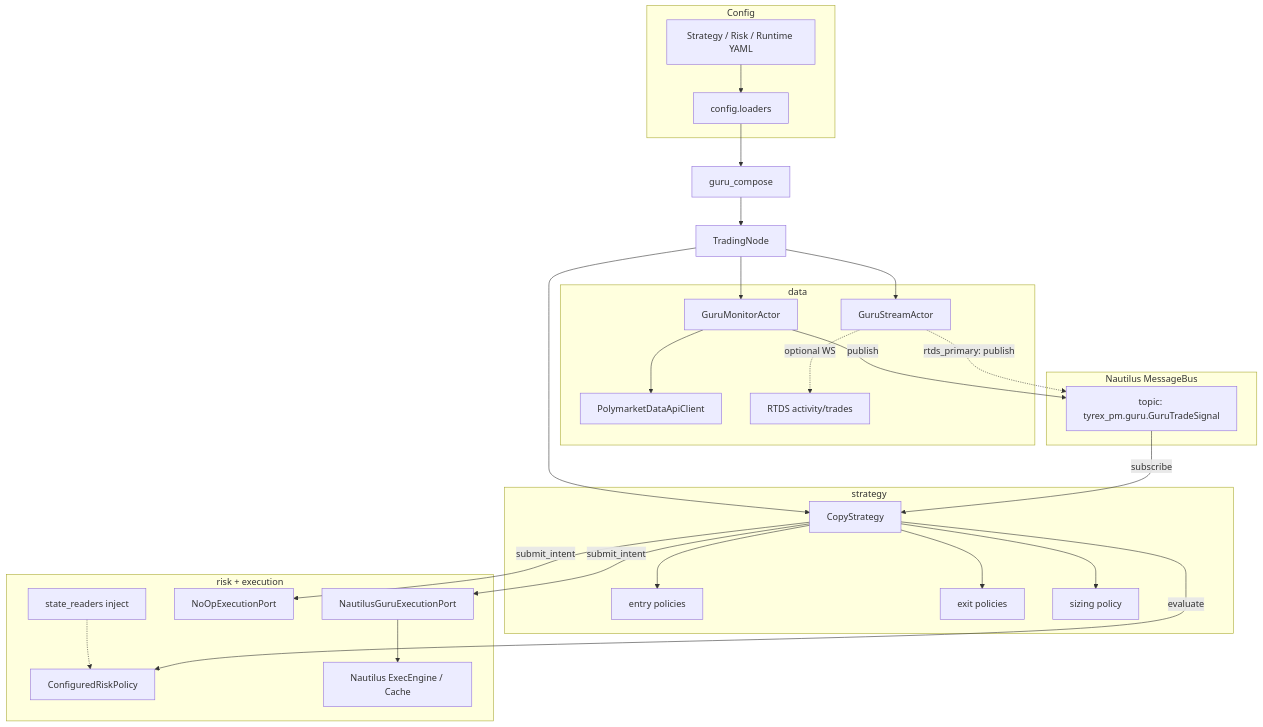
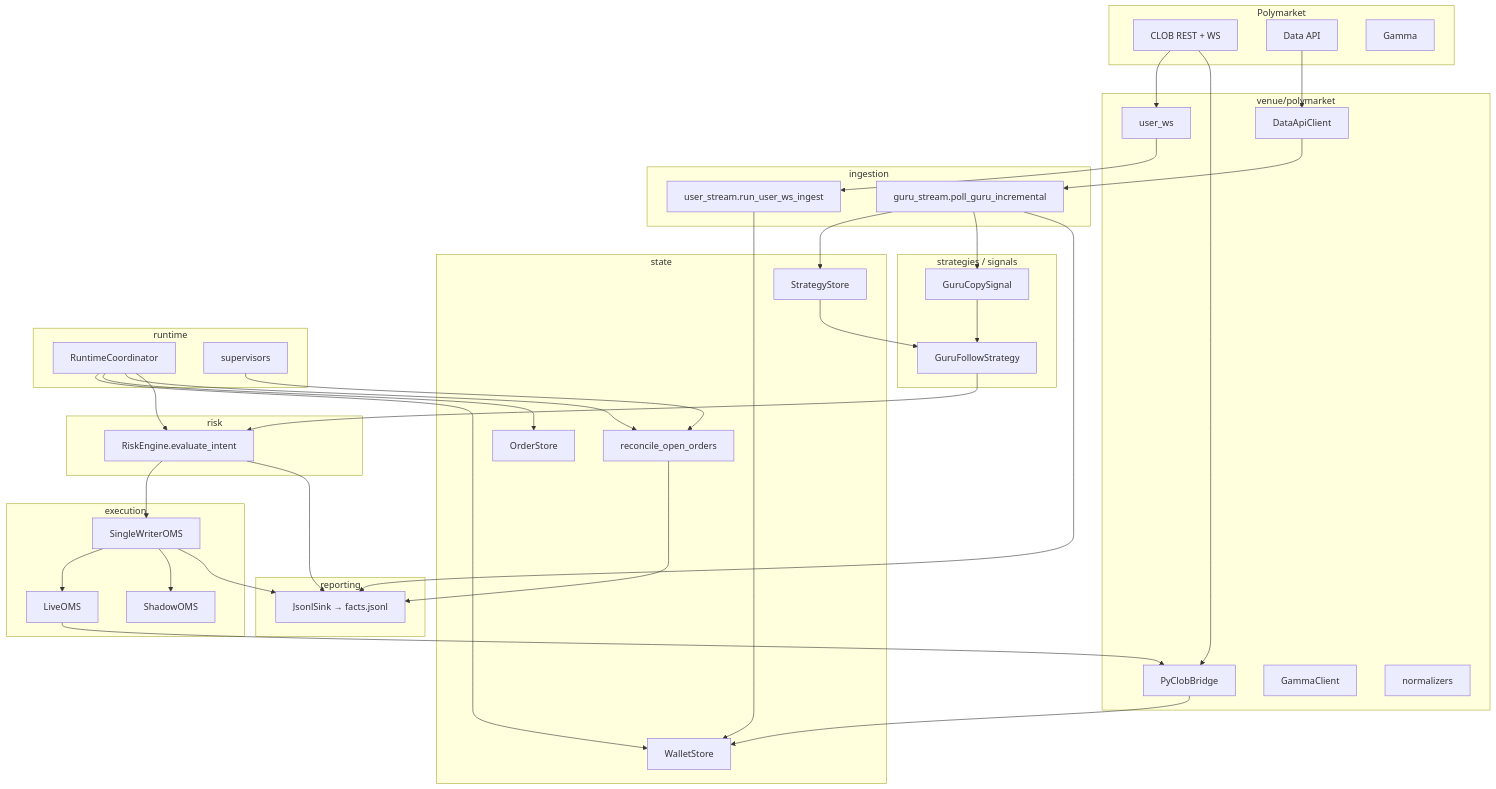
Before and after one commit to eliesgherbi/Tyrex_PM: the diagram in Docs/Architecture.md, drawn with Mermaid. The commit also changed other lines of this file and 423 other files, not shown here.

Commit message:
finalizingg stable version on copy strategy

````diff
--- a/Docs/Architecture.md
+++ b/Docs/Architecture.md
@@ -78,52 +40,70 @@
 ```mermaid
 flowchart TB
-  subgraph Config
-    YAML[Strategy / Risk / Runtime YAML]
-    Loaders[config.loaders]
+  subgraph Venue[Polymarket]
+    CLOB[CLOB REST + WS]
+    DataAPI[Data API]
+    Gamma[Gamma]
   end
 
-  subgraph DataLayer[data]
-    Actor[GuruMonitorActor]
-    Stream[GuruStreamActor]
-    API[PolymarketDataApiClient]
-    Actor --> API
-    Stream -.->|optional WS| RTDS[RTDS activity/trades]
+  subgraph Adapters[venue/polymarket]
+    Bridge[PyClobBridge]
+    UserWS[user_ws]
+    DAClient[DataApiClient]
+    GammaCl[GammaClient]
+    Norm[normalizers]
   end
 
-  subgraph Bus[Nautilus MessageBus]
-    Topic["topic: tyrex_pm.guru.GuruTradeSignal"]
+  subgraph Ingest[ingestion]
+    GuruPoll[guru_stream.poll_guru_incremental]
+    UserIngest[user_stream.run_user_ws_ingest]
   end
 
-  subgraph StrategyLayer[strategy]
-    Copy[CopyStrategy]
-    Entry[entry policies]
-    Exit[exit policies]
-    Size[sizing policy]
-    Copy --> Entry
-    Copy --> Exit
-    Copy --> Size
+  subgraph State[state]
+    Wallet[WalletStore]
+    Orders[OrderStore]
+    Strat[StrategyStore]
+    Reconcile[reconcile_open_orders]
   end
 
-  subgraph RiskExec[risk + execution]
-    Risk[ConfiguredRiskPolicy]
-    Readers[state_readers inject]
-    XShad[NoOpExecutionPort]
-    XNau[NautilusGuruExecutionPort]
-    NT[Nautilus ExecEngine / Cache]
-    XNau --> NT
-    Readers -.-> Risk
+  subgraph Strategy[strategies / signals]
+    Sig[GuruCopySignal]
+    GF[GuruFollowStrategy]
   end
 
-  YAML --> Loaders
-  Loaders --> Runtime[guru_compose]
-  Runtime --> TradingNode[TradingNode]
-  TradingNode --> Actor
-  TradingNode --> Stream
-  TradingNode --> Copy
-  Actor -->|publish| Topic
-  Stream -.->|rtds_primary: publish| Topic
-  Topic -->|subscribe| Copy
-  Copy -->|evaluate| Risk
-  Copy -->|submit_intent| XShad
-  Copy -->|submit_intent| XNau
+  subgraph Risk[risk]
+    Engine[RiskEngine.evaluate_intent]
+  end
+
+  subgraph Exec[execution]
+    OMS[SingleWriterOMS]
+    Live[LiveOMS]
+    Shadow[ShadowOMS]
+  end
+
+  subgraph Report[reporting]
+    Facts[JsonlSink → facts.jsonl]
+  end
+
+  subgraph RT[runtime]
+    Coord[RuntimeCoordinator]
+    Supers[supervisors]
+  end
+
+  DataAPI --> DAClient --> GuruPoll --> Strat
+  CLOB --> UserWS --> UserIngest --> Wallet
+  CLOB --> Bridge
+  Bridge --> Wallet
+  Strat --> GF
+  GuruPoll --> Sig --> GF --> Engine
+  Engine --> OMS --> Live --> Bridge
+  OMS --> Shadow
+  Coord --> Wallet
+  Coord --> Orders
+  Coord --> Reconcile
+  Supers --> Reconcile
+  Coord --> Engine
+  Engine --> Facts
+  Reconcile --> Facts
+  GuruPoll --> Facts
+  OMS --> Facts
 ```
````
